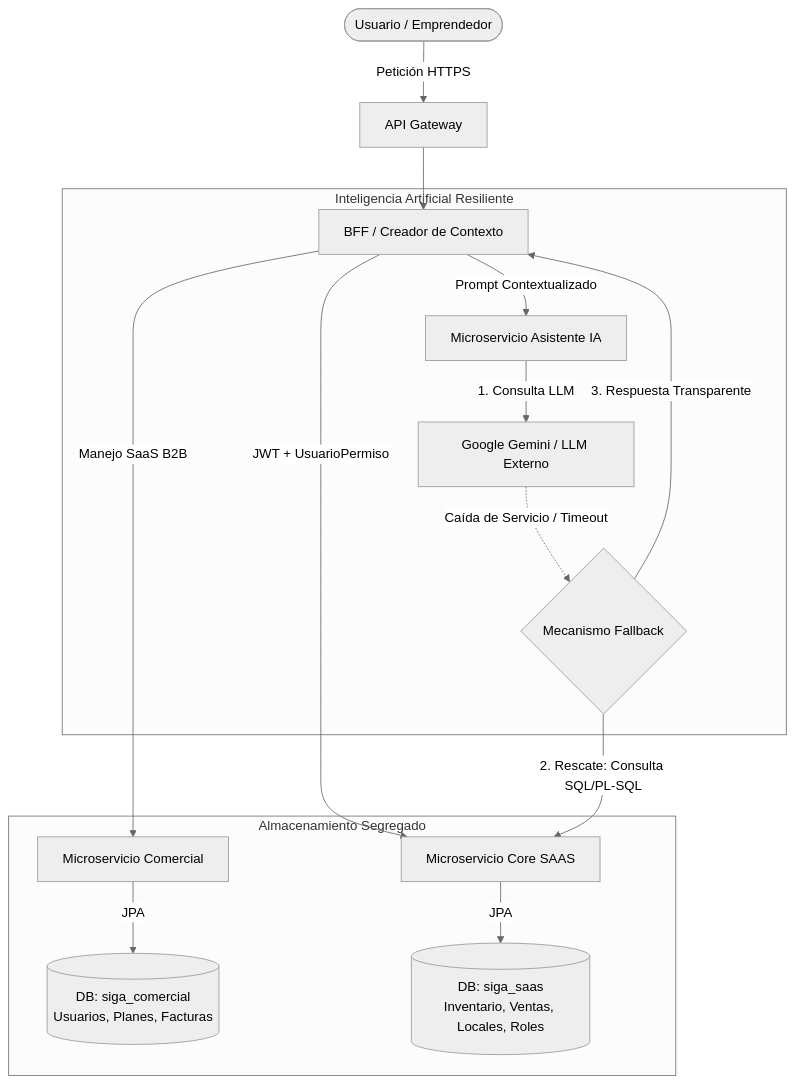
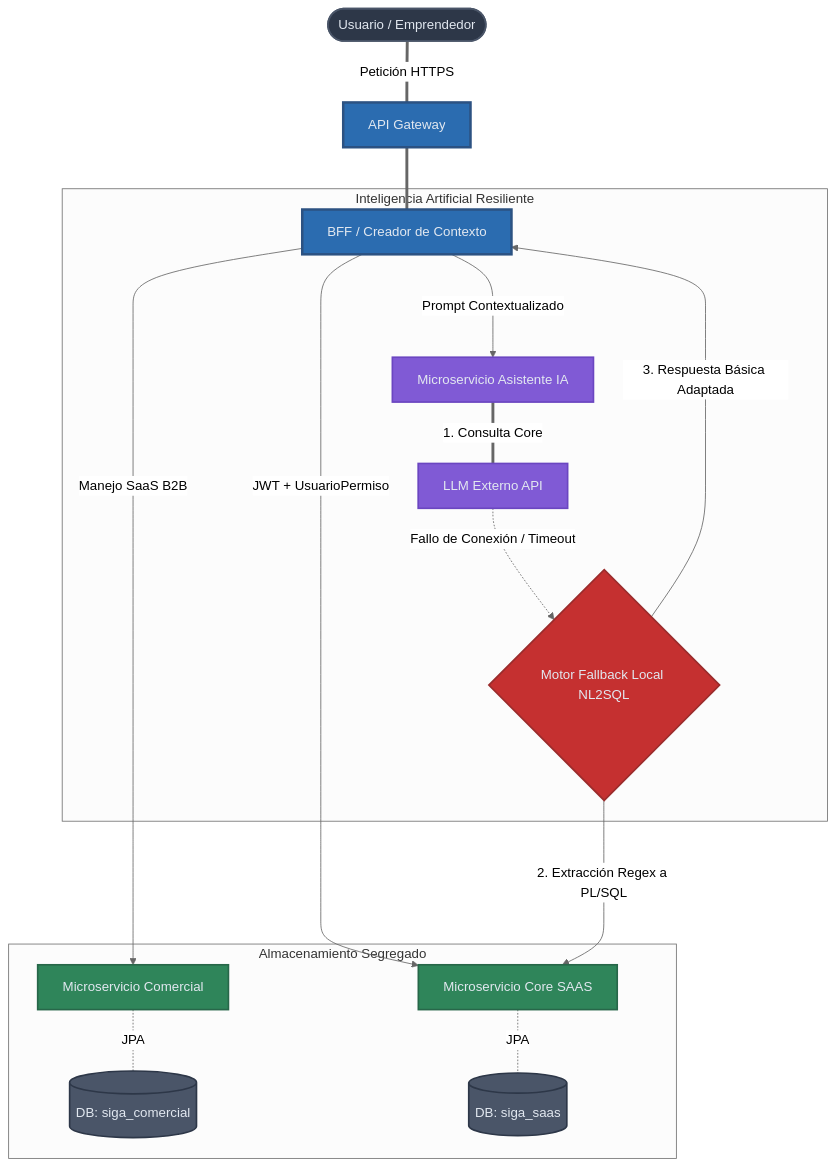
Before and after one commit to HecAguilaV/SIGA: the diagram in arquitectura-agentica/DIAGRAMA_SISTEMA.md, drawn with Mermaid (neutral theme). The commit also changed 1 other file, not shown here.

Commit message:
docs: estilizar diagrama de microservicios e incorporar logica NL2SQL al Fallback IA

````diff
--- a/arquitectura-agentica/DIAGRAMA_SISTEMA.md
+++ b/arquitectura-agentica/DIAGRAMA_SISTEMA.md
@@ -5,22 +5,35 @@
 ```mermaid
 graph TD
-    User([Usuario / Emprendedor]) -->|Petición HTTPS| API[API Gateway]
-    
-    API --> BFF[BFF / Creador de Contexto]
-    
-    BFF -->|Manejo SaaS B2B| MC[Microservicio Comercial]
-    BFF -->|JWT + UsuarioPermiso| MI[Microservicio Core SAAS]
-    BFF -->|Prompt Contextualizado| IA[Microservicio Asistente IA]
-    
+    %% Estilos Profesionales Soberbios
+    classDef client fill:#2D3748,stroke:#4A5568,stroke-width:2px,color:#E2E8F0;
+    classDef gateway fill:#2B6CB0,stroke:#2C5282,stroke-width:3px,color:#E2E8F0;
+    classDef service fill:#2F855A,stroke:#276749,stroke-width:2px,color:#E2E8F0;
+    classDef database fill:#4A5568,stroke:#2D3748,stroke-width:2px,color:#E2E8F0;
+    classDef ai fill:#805AD5,stroke:#6B46C1,stroke-width:2px,color:#E2E8F0;
+    classDef fallback fill:#C53030,stroke:#9B2C2C,stroke-width:2px,color:#E2E8F0;
+
+    User([Usuario / Emprendedor]):::client
+
+    %% Gateway & Orquestación
+    User ===|Petición HTTPS| API[API Gateway]:::gateway
+    API === BFF[BFF / Creador de Contexto]:::gateway
+
+    %% Módulos Independientes
+    BFF --->|Manejo SaaS B2B| MC[Microservicio Comercial]:::service
+    BFF --->|JWT + UsuarioPermiso| MI[Microservicio Core SAAS]:::service
+    BFF --->|Prompt Contextualizado| IA[Microservicio Asistente IA]:::ai
+
+    %% Almacenamiento
     subgraph Almacenamiento Segregado
-        MC -->|JPA| BD_C[(DB: siga_comercial\nUsuarios, Planes, Facturas)]
-        MI -->|JPA| BD_S[(DB: siga_saas\nInventario, Ventas, Locales, Roles)]
+        MC -.- |JPA| BD_C[(DB: siga_comercial)]:::database
+        MI -.- |JPA| BD_S[(DB: siga_saas)]:::database
     end
-    
+
+    %% IA y Contingencia
     subgraph Inteligencia Artificial Resiliente
-        IA -->|1. Consulta LLM| LLM[Google Gemini / LLM Externo]
-        LLM -.->|Caída de Servicio / Timeout| FB{Mecanismo Fallback}
-        FB -->|2. Rescate: Consulta SQL/PL-SQL| MI
-        FB -->|3. Respuesta Transparente| BFF
+        IA === |1. Consulta Core| LLM[LLM Externo API]:::ai
+        LLM -.->|Fallo de Conexión / Timeout| FB{Motor Fallback Local NL2SQL}:::fallback
+        FB --->|2. Extracción Regex a PL/SQL| MI
+        FB --->|3. Respuesta Básica Adaptada| BFF
     end
 ```
````
